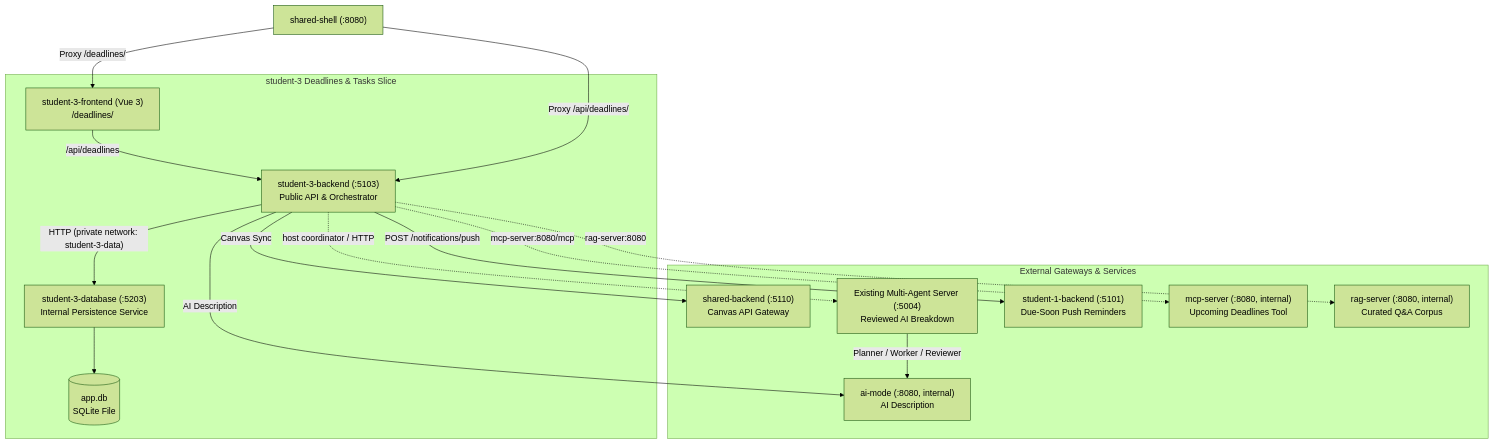
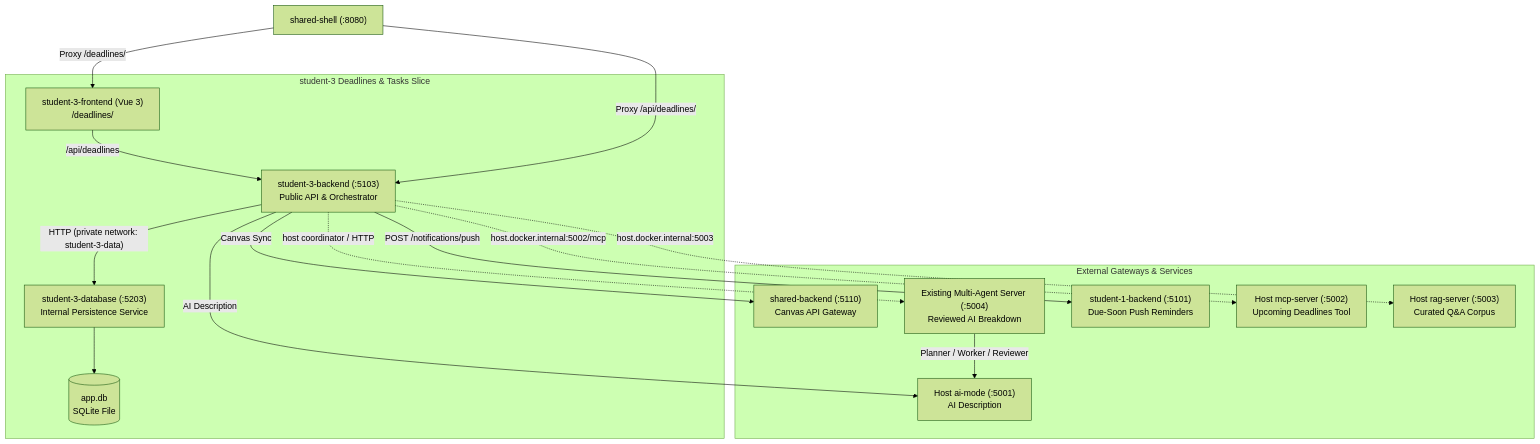
One commit to AmAComputerNerd/41026--software-development-project changed the diagram in student-3/README.md. Above: the diagram before and after it, drawn with Mermaid (forest theme). The commit also changed other lines of this file and 23 other files, not shown here.

````diff
--- a/student-3/README.md
+++ b/student-3/README.md
@@ -86,35 +85,35 @@
 ```mermaid
 flowchart TD
     Shell["shared-shell (:8080)"]
 
     subgraph Student3Slice["student-3 Deadlines & Tasks Slice"]
         FE["student-3-frontend (Vue 3)<br>/deadlines/"]
         BE["student-3-backend (:5103)<br>Public API & Orchestrator"]
         DB["student-3-database (:5203)<br>Internal Persistence Service"]
         Storage[("app.db<br>SQLite File")]
         
         FE -- "/api/deadlines" --> BE
         BE -- "HTTP (private network: student-3-data)" --> DB
         DB --> Storage
     end
 
     subgraph ExternalIntegrations["External Gateways & Services"]
         SB["shared-backend (:5110)<br>Canvas API Gateway"]
-        AIM["ai-mode (:8080, internal)<br>AI Description"]
+        AIM["Host ai-mode (:5001)<br>AI Description"]
         MA["Existing Multi-Agent Server (:5004)<br>Reviewed AI Breakdown"]
         S1["student-1-backend (:5101)<br>Due-Soon Push Reminders"]
-        MCP["mcp-server (:8080, internal)<br>Upcoming Deadlines Tool"]
-        RAG["rag-server (:8080, internal)<br>Curated Q&A Corpus"]
+        MCP["Host mcp-server (:5002)<br>Upcoming Deadlines Tool"]
+        RAG["Host rag-server (:5003)<br>Curated Q&A Corpus"]
     end
 
     Shell -- "Proxy /deadlines/" --> FE
     Shell -- "Proxy /api/deadlines/" --> BE
 
     BE -- "Canvas Sync" --> SB
     BE -- "AI Description" --> AIM
     BE -- "POST /notifications/push" --> S1
-    BE -. "mcp-server:8080/mcp" .-> MCP
-    BE -. "rag-server:8080" .-> RAG
+    BE -. "host.docker.internal:5002/mcp" .-> MCP
+    BE -. "host.docker.internal:5003" .-> RAG
     BE -. "host coordinator / HTTP" .-> MA
     MA -- "Planner / Worker / Reviewer" --> AIM
 ```
````
